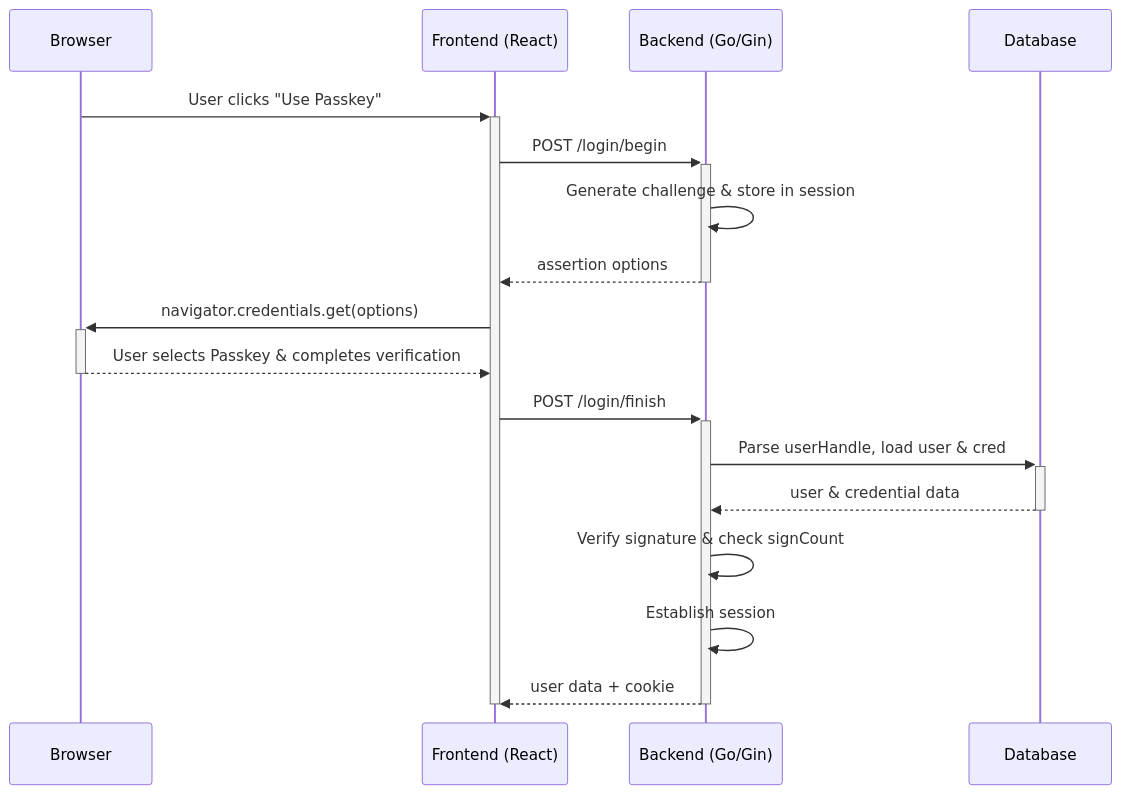
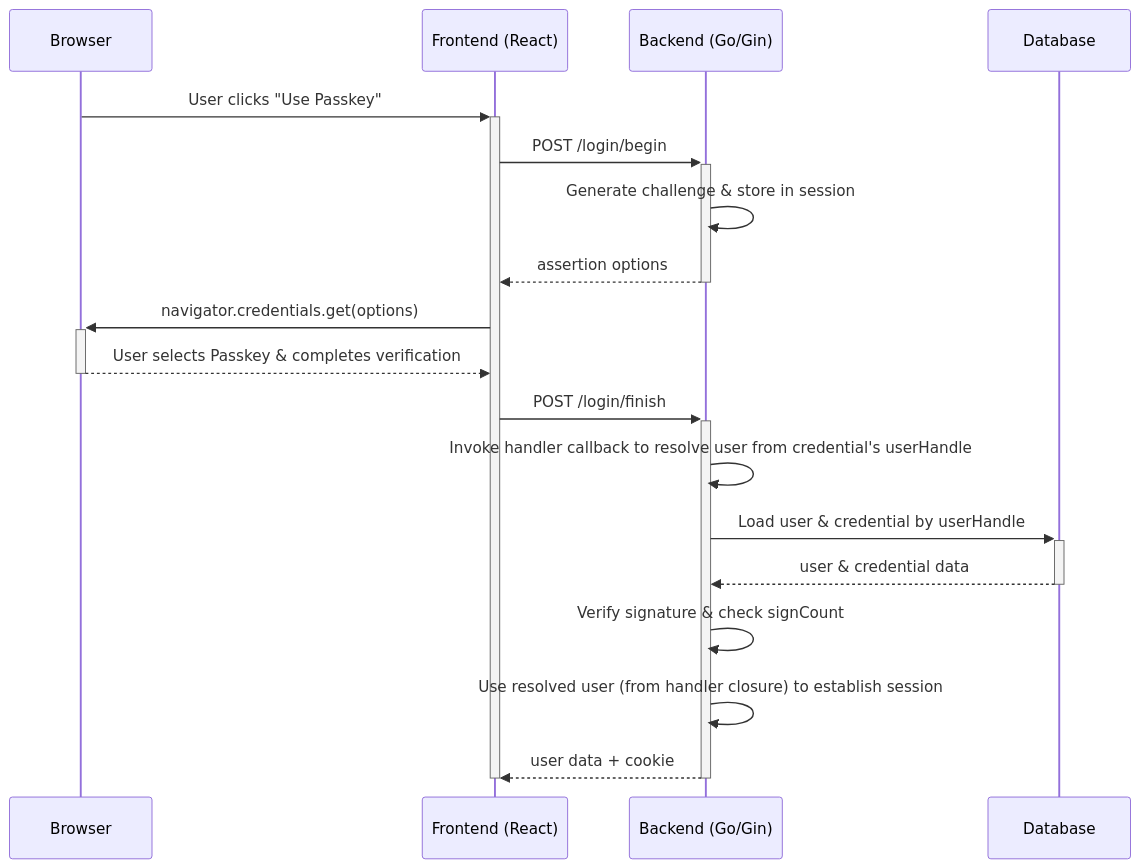
The second of 2 diagrams in docs/refs/passkey.md (Laisky/one-api), drawn with Mermaid before and after one commit. The commit also changed other lines of this file and 1 other file, not shown here.

Commit message:
fix: resolve user from credential's userHandle in FinishDiscoverableLogin handler

````diff
--- a/docs/refs/passkey.md
+++ b/docs/refs/passkey.md
@@ -118,21 +118,22 @@
 ```mermaid
 sequenceDiagram
     participant B as Browser
     participant F as Frontend (React)
     participant S as Backend (Go/Gin)
     participant D as Database
 
     B->>+F: User clicks "Use Passkey"
     F->>+S: POST /login/begin
     S->>S: Generate challenge & store in session
     S-->>-F: assertion options
     F->>+B: navigator.credentials.get(options)
     B-->>-F: User selects Passkey & completes verification
     F->>+S: POST /login/finish
-    S->>+D: Parse userHandle, load user & cred
+    S->>S: Invoke handler callback to resolve user from credential's userHandle
+    S->>+D: Load user & credential by userHandle
     D-->>-S: user & credential data
     S->>S: Verify signature & check signCount
-    S->>S: Establish session
+    S->>S: Use resolved user (from handler closure) to establish session
     S-->>-F: user data + cookie
     deactivate F
 ```
````
